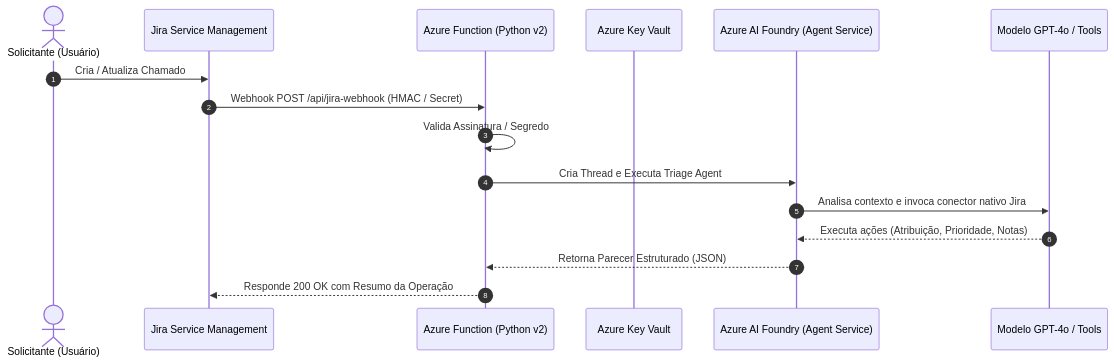
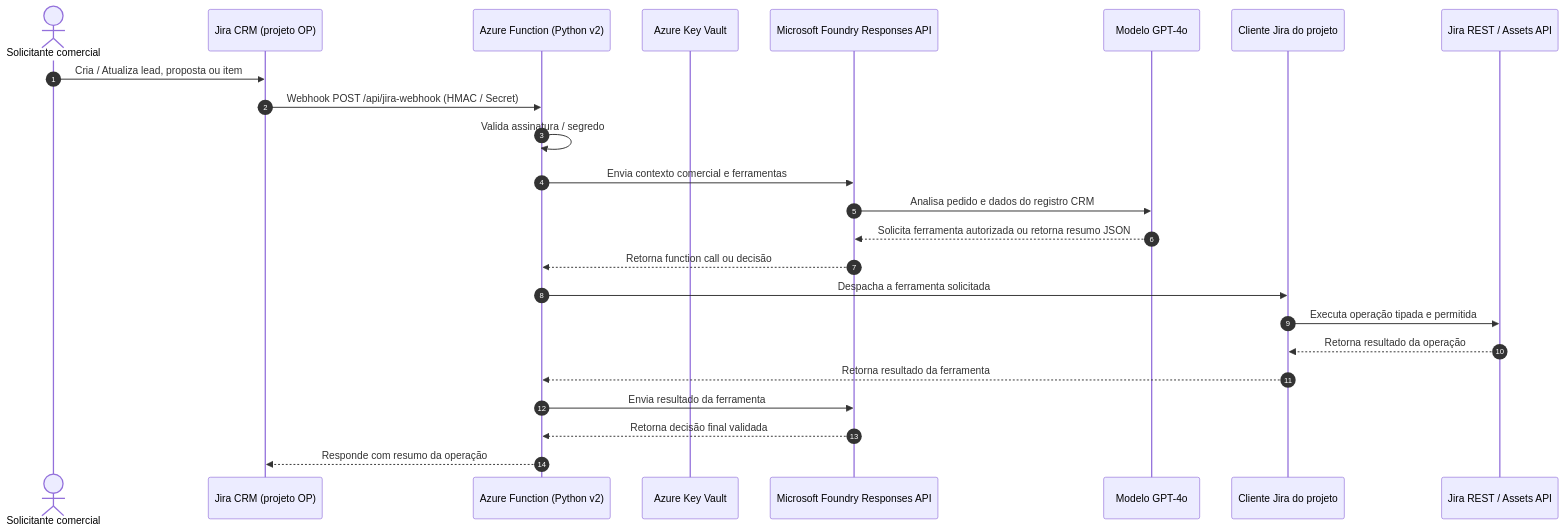
The diagram in README.md (sandrociceros-loonar/osb-jira-agent), drawn with Mermaid before and after one commit. The commit also changed other lines of this file and 259 other files, not shown here.

````diff
--- a/README.md
+++ b/README.md
@@ -11,19 +11,27 @@
 ```mermaid
 sequenceDiagram
     autonumber
-    actor User as Solicitante (Usuário)
-    participant Jira as Jira Service Management
+    actor User as Solicitante comercial
+    participant Jira as Jira CRM (projeto OP)
     participant Func as Azure Function (Python v2)
     participant KV as Azure Key Vault
-    participant Foundry as Azure AI Foundry (Agent Service)
-    participant LLM as Modelo GPT-4o / Tools
+    participant Foundry as Microsoft Foundry Responses API
+    participant LLM as Modelo GPT-4o
+    participant JiraConnector as Cliente Jira do projeto
+    participant JiraAPI as Jira REST / Assets API
 
-    User->>Jira: Cria / Atualiza Chamado
+    User->>Jira: Cria / Atualiza lead, proposta ou item
     Jira->>Func: Webhook POST /api/jira-webhook (HMAC / Secret)
-    Func->>Func: Valida Assinatura / Segredo
-    Func->>Foundry: Cria Thread e Executa Triage Agent
-    Foundry->>LLM: Analisa contexto e invoca conector nativo Jira
-    LLM-->>Foundry: Executa ações (Atribuição, Prioridade, Notas)
-    Foundry-->>Func: Retorna Parecer Estruturado (JSON)
-    Func-->>Jira: Responde 200 OK com Resumo da Operação
+    Func->>Func: Valida assinatura / segredo
+    Func->>Foundry: Envia contexto comercial e ferramentas
+    Foundry->>LLM: Analisa pedido e dados do registro CRM
+    LLM-->>Foundry: Solicita ferramenta autorizada ou retorna resumo JSON
+    Foundry-->>Func: Retorna function call ou decisão
+    Func->>JiraConnector: Despacha a ferramenta solicitada
+    JiraConnector->>JiraAPI: Executa operação tipada e permitida
+    JiraAPI-->>JiraConnector: Retorna resultado da operação
+    JiraConnector-->>Func: Retorna resultado da ferramenta
+    Func->>Foundry: Envia resultado da ferramenta
+    Foundry-->>Func: Retorna decisão final validada
+    Func-->>Jira: Responde com resumo da operação
 ```
````
